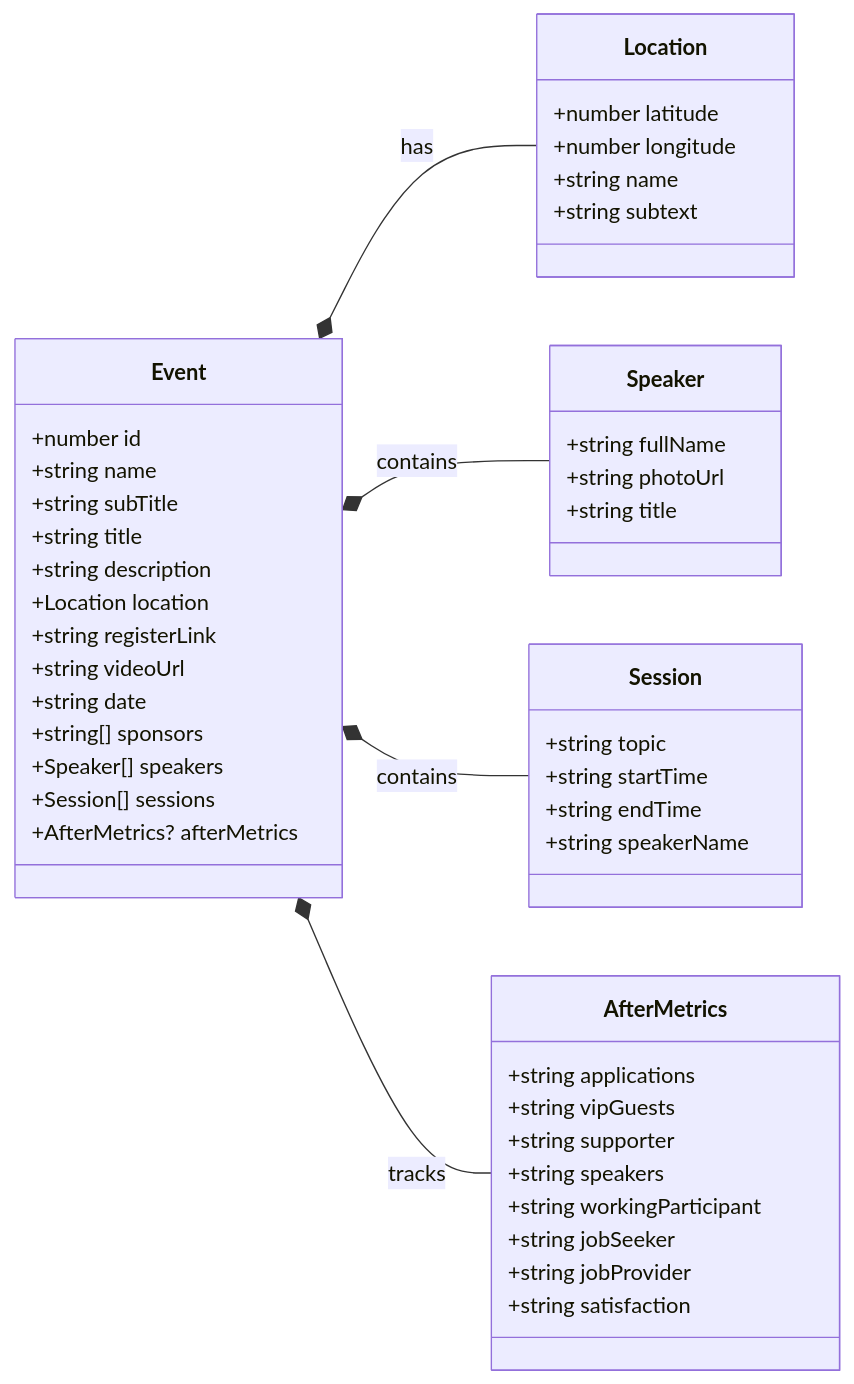
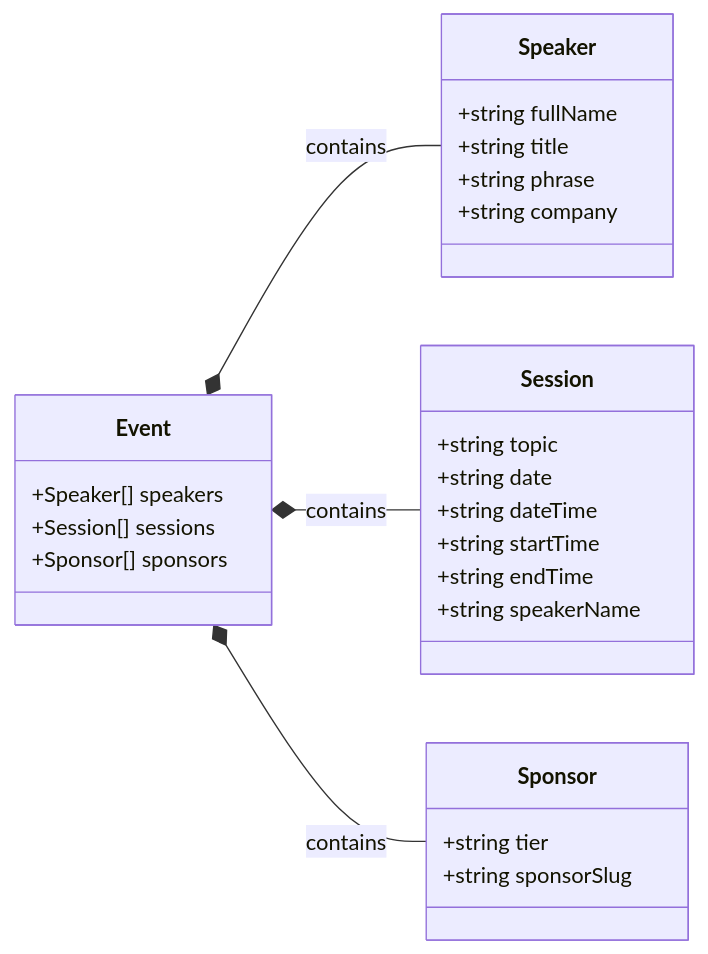
Before and after one commit to devmultigroup/multigroup-event-page: the diagram in README-ENG.md, drawn with Mermaid. The commit also changed other lines of this file and 3 other files, not shown here.

````diff
--- a/README-ENG.md
+++ b/README-ENG.md
@@ -50,56 +52,35 @@
 ```mermaid
 classDiagram
     direction LR
     
     class Event {
-        +number id
-        +string name
-        +string subTitle
-        +string title
-        +string description
-        +Location location
-        +string registerLink
-        +string videoUrl
-        +string date
-        +string[] sponsors
         +Speaker[] speakers
         +Session[] sessions
-        +AfterMetrics? afterMetrics
-    }
-    
-    class Location {
-        +number latitude
-        +number longitude
-        +string name
-        +string subtext
+        +Sponsor[] sponsors
     }
     
     class Speaker {
         +string fullName
-        +string photoUrl
         +string title
+        +string phrase
+        +string company
     }
     
     class Session {
         +string topic
+        +string date
+        +string dateTime
         +string startTime
         +string endTime
         +string speakerName
     }
     
-    class AfterMetrics {
-        +string applications
-        +string vipGuests
-        +string supporter
-        +string speakers
-        +string workingParticipant
-        +string jobSeeker
-        +string jobProvider
-        +string satisfaction
+    class Sponsor {
+        +string tier
+        +string sponsorSlug
     }
 
-    Event *-- Location : has
     Event *-- Speaker : contains
     Event *-- Session : contains
-    Event *-- AfterMetrics : tracks
+    Event *-- Sponsor : contains
 ```
````
